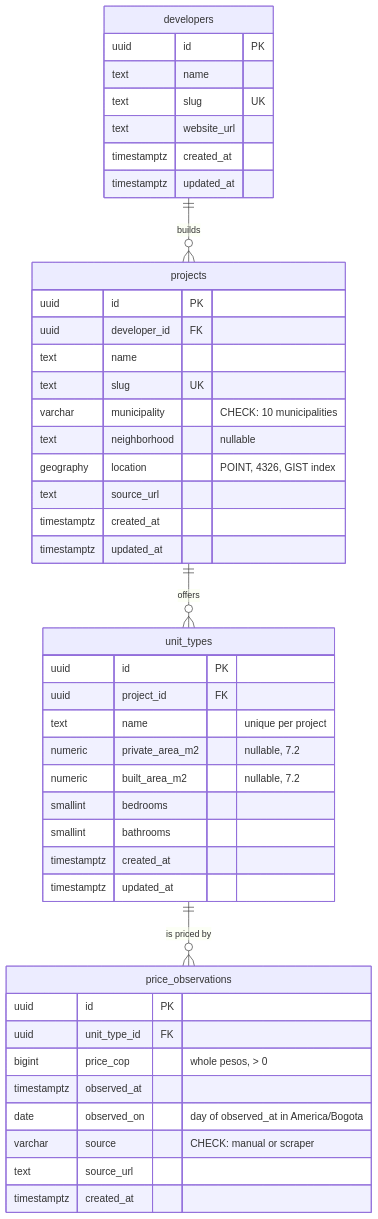
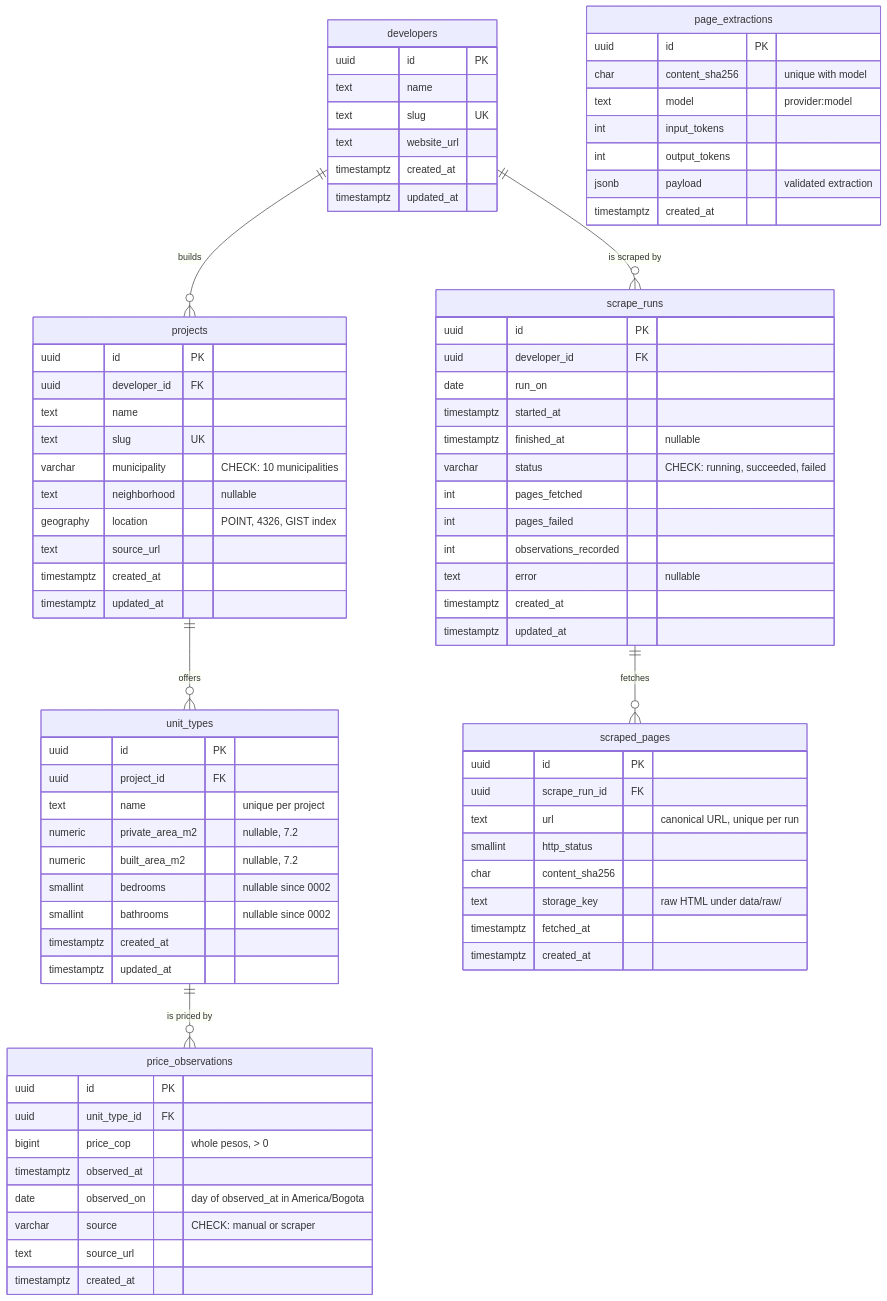
The diagram in docs/schema.md (afjaramillo97/sobreplano), drawn with Mermaid before and after one commit. The commit also changed other lines of this file and 2 other files, not shown here.

Commit message:
docs: add scraper commands, Londoño Gómez notes and scraping schema

````diff
--- a/docs/schema.md
+++ b/docs/schema.md
@@ -7,6 +7,8 @@
     developers ||--o{ projects : builds
     projects ||--o{ unit_types : offers
     unit_types ||--o{ price_observations : "is priced by"
+    developers ||--o{ scrape_runs : "is scraped by"
+    scrape_runs ||--o{ scraped_pages : fetches
 
     developers {
         uuid id PK
@@ -34,8 +36,8 @@
         text name "unique per project"
         numeric private_area_m2 "nullable, 7.2"
         numeric built_area_m2 "nullable, 7.2"
-        smallint bedrooms
-        smallint bathrooms
+        smallint bedrooms "nullable since 0002"
+        smallint bathrooms "nullable since 0002"
         timestamptz created_at
         timestamptz updated_at
     }
@@ -49,4 +51,37 @@
         text source_url
         timestamptz created_at
     }
+    scrape_runs {
+        uuid id PK
+        uuid developer_id FK
+        date run_on
+        timestamptz started_at
+        timestamptz finished_at "nullable"
+        varchar status "CHECK: running, succeeded, failed"
+        int pages_fetched
+        int pages_failed
+        int observations_recorded
+        text error "nullable"
+        timestamptz created_at
+        timestamptz updated_at
+    }
+    scraped_pages {
+        uuid id PK
+        uuid scrape_run_id FK
+        text url "canonical URL, unique per run"
+        smallint http_status
+        char content_sha256
+        text storage_key "raw HTML under data/raw/"
+        timestamptz fetched_at
+        timestamptz created_at
+    }
+    page_extractions {
+        uuid id PK
+        char content_sha256 "unique with model"
+        text model "provider:model"
+        int input_tokens
+        int output_tokens
+        jsonb payload "validated extraction"
+        timestamptz created_at
+    }
 ```
````
